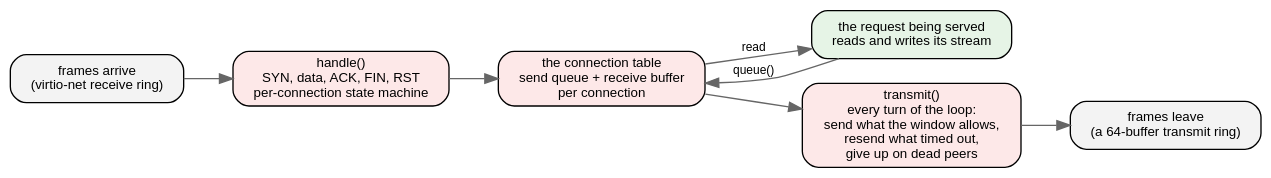
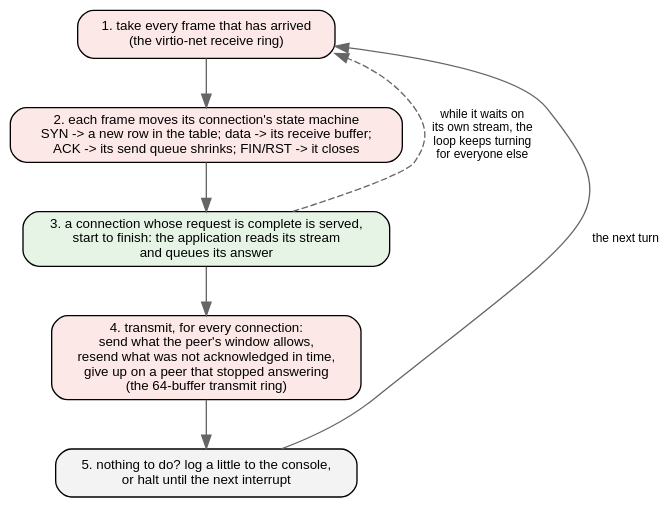
The sixth of 9 diagrams in notes/gopher-chat-on-its-own-kernel.md (showell/essay-repl-server), drawn with Graphviz before and after one commit. The commit also changed other lines of this file, not shown here.

Commit message:
notes: Gopher Chat on its own kernel, draft 2 (users section, request in two diagrams, arrows explained, TCP as one loop turn)

````diff
--- a/notes/gopher-chat-on-its-own-kernel.md
+++ b/notes/gopher-chat-on-its-own-kernel.md
@@ -166,19 +211,17 @@
 ```dot
 digraph tcp {
-  rankdir=LR; bgcolor="transparent";
+  rankdir=TB; bgcolor="transparent";
   node [shape=box style="rounded,filled" fontname="Helvetica" fontsize=10 fillcolor="#ffffff"];
   edge [fontname="Helvetica" fontsize=9 color="#666666"];
 
-  rx [label="frames arrive\n(virtio-net receive ring)" fillcolor="#f3f3f3"];
-  handle [label="handle()\nSYN, data, ACK, FIN, RST\nper-connection state machine" fillcolor="#fde8e8"];
-  table [label="the connection table\nsend queue + receive buffer\nper connection" fillcolor="#fde8e8"];
-  app [label="the request being served\nreads and writes its stream" fillcolor="#e6f4e6"];
-  transmit [label="transmit()\nevery turn of the loop:\nsend what the window allows,\nresend what timed out,\ngive up on dead peers" fillcolor="#fde8e8"];
-  tx [label="frames leave\n(a 64-buffer transmit ring)" fillcolor="#f3f3f3"];
+  arrive [label="1. take every frame that has arrived\n(the virtio-net receive ring)" fillcolor="#fde8e8"];
+  handle [label="2. each frame moves its connection's state machine\nSYN -> a new row in the table; data -> its receive buffer;\nACK -> its send queue shrinks; FIN/RST -> it closes" fillcolor="#fde8e8"];
+  serve [label="3. a connection whose request is complete is served,\nstart to finish: the application reads its stream\nand queues its answer" fillcolor="#e6f4e6"];
+  transmit [label="4. transmit, for every connection:\nsend what the peer's window allows,\nresend what was not acknowledged in time,\ngive up on a peer that stopped answering\n(the 64-buffer transmit ring)" fillcolor="#fde8e8"];
+  idle [label="5. nothing to do? log a little to the console,\nor halt until the next interrupt" fillcolor="#f3f3f3"];
 
-  rx -> handle -> table;
-  app -> table [label="queue()"];
-  table -> app [label="read"];
-  table -> transmit -> tx;
+  arrive -> handle -> serve -> transmit -> idle;
+  idle -> arrive [label="the next turn" constraint=false];
+  serve -> arrive [label="while it waits on\nits own stream, the\nloop keeps turning\nfor everyone else" style=dashed constraint=false];
 }
 ```
````
